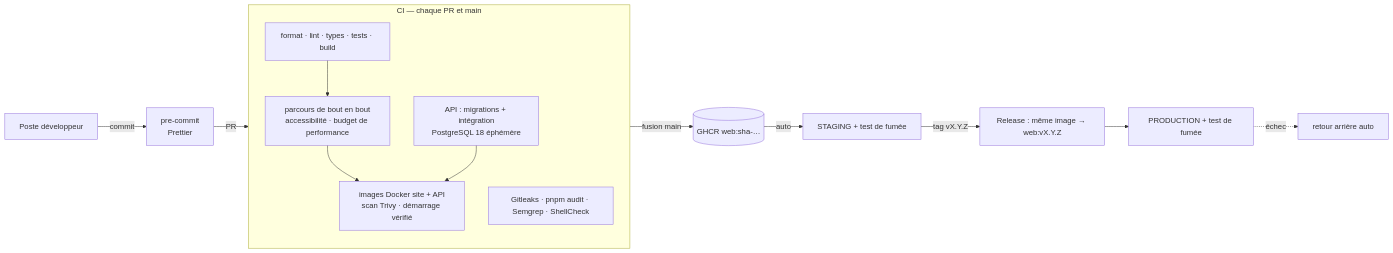
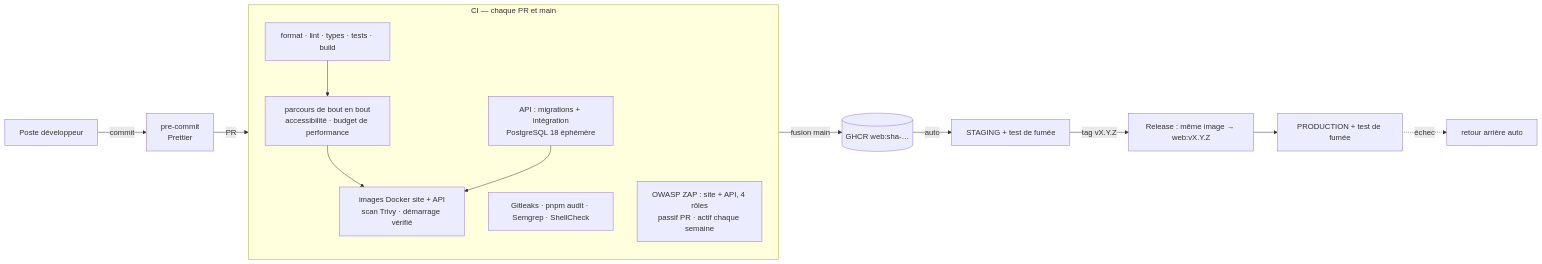
One commit to levy-kombila/kemdia changed diagram 19 of 21 in docs/architecture/cahier-architecture.md. Above: the diagram before and after it, drawn with Mermaid. The commit also changed other lines of this file and 2 other files, not shown here.

````diff
--- a/docs/architecture/cahier-architecture.md
+++ b/docs/architecture/cahier-architecture.md
@@ -1474,20 +1476,21 @@
 ```mermaid
 flowchart LR
     dev[Poste développeur] -->|commit| hook[pre-commit<br/>Prettier]
     hook -->|PR| ci
     subgraph ci[CI — chaque PR et main]
       direction TB
       q[format · lint · types · tests · build]
       d[API : migrations + intégration<br/>PostgreSQL 18 éphémère]
       e[parcours de bout en bout<br/>accessibilité · budget de performance]
       i[images Docker site + API<br/>scan Trivy · démarrage vérifié]
       s[Gitleaks · pnpm audit · Semgrep · ShellCheck]
+      z[OWASP ZAP : site + API, 4 rôles<br/>passif PR · actif chaque semaine]
       q --> e --> i
       d --> i
     end
     ci -->|fusion main| pub[(GHCR web:sha-…)]
     pub -->|auto| stg[STAGING + test de fumée]
     stg -->|tag vX.Y.Z| rel[Release : même image → web:vX.Y.Z]
     rel --> prod[PRODUCTION + test de fumée]
     prod -. échec .-> rb[retour arrière auto]
 ```
````
